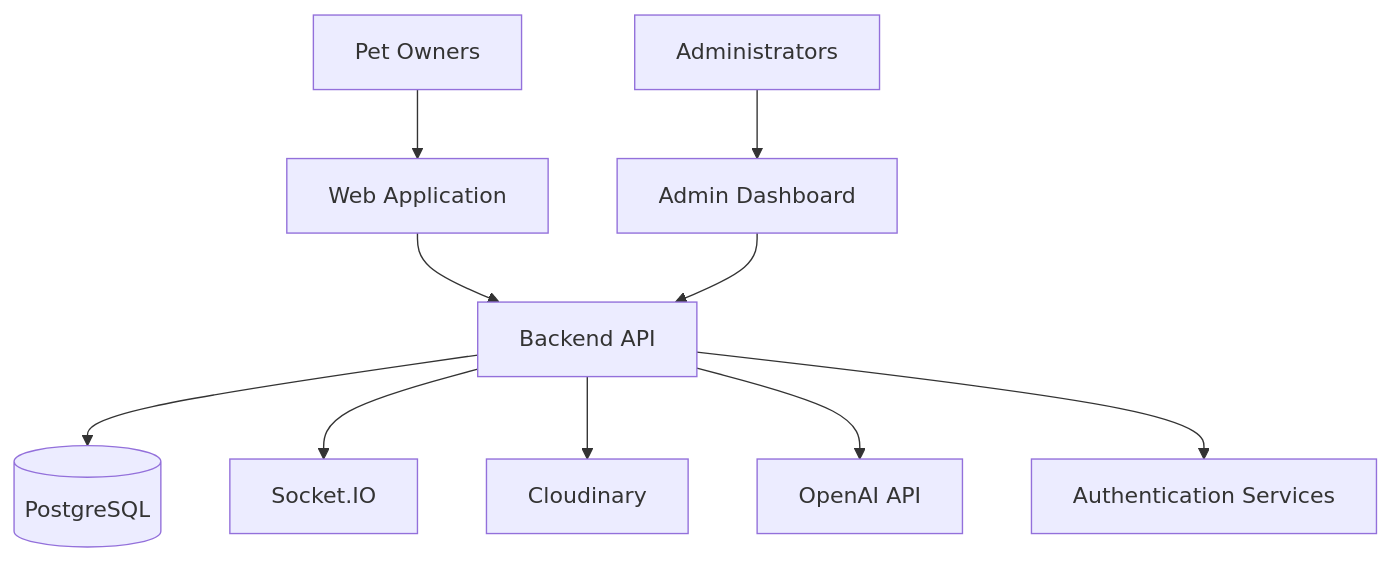
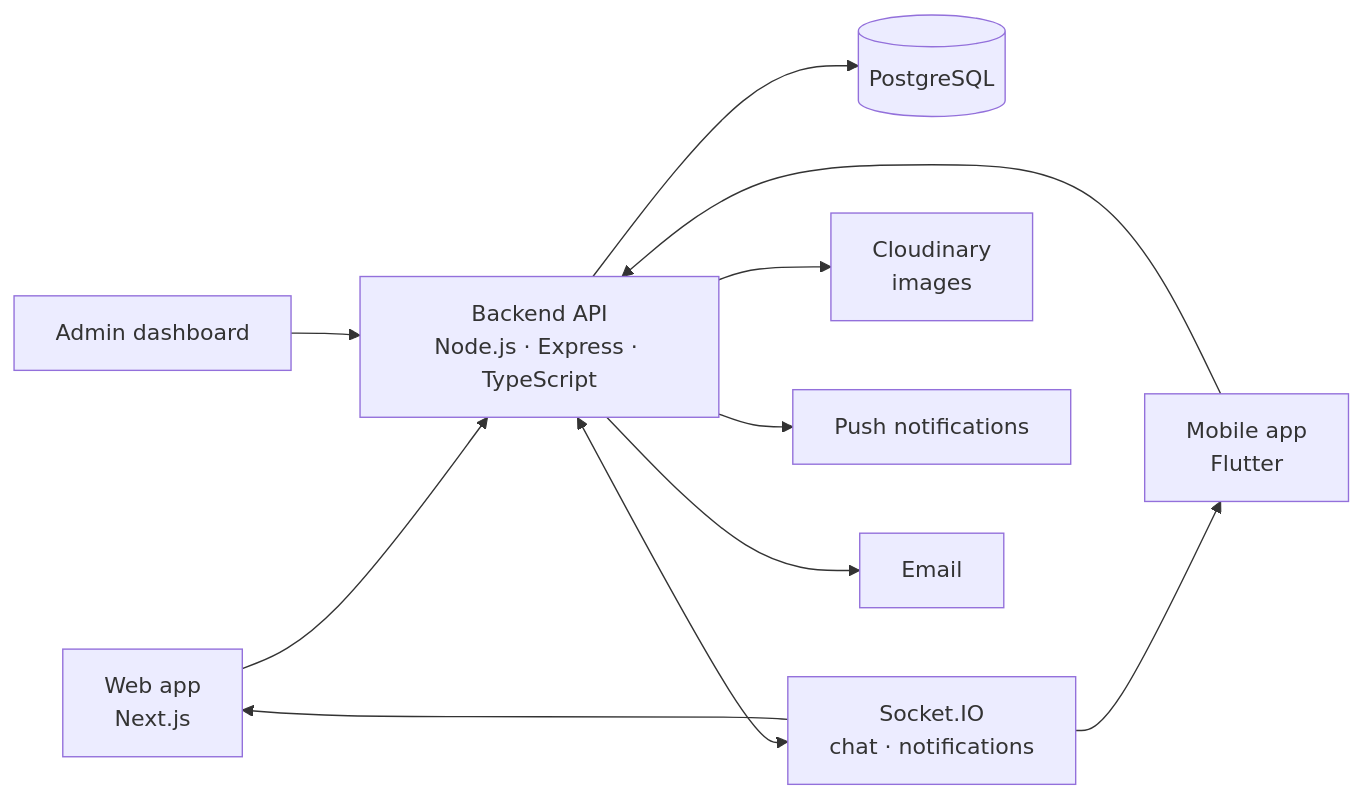
The diagram in README.md (mahmoudtamer0/Aleef), drawn with Mermaid before and after one commit. The commit also changed other lines of this file and 10 other files, not shown here.

````diff
--- a/README.md
+++ b/README.md
@@ -128,14 +42,13 @@
 ```mermaid
-flowchart TD
-    U[Pet Owners] --> W[Web Application]
-    A[Administrators] --> D[Admin Dashboard]
-
-    W --> API[Backend API]
-    D --> API
-
-    API --> DB[(PostgreSQL)]
-    API --> RT[Socket.IO]
-    API --> CL[Cloudinary]
-    API --> AI[OpenAI API]
-    API --> AUTH[Authentication Services]
+flowchart LR
+  Web["Web app<br/>Next.js"] --> API
+  Dash["Admin dashboard"] --> API
+  Mobile["Mobile app<br/>Flutter"] --> API
+  API["Backend API<br/>Node.js · Express · TypeScript"] --> DB[("PostgreSQL")]
+  API <--> IO["Socket.IO<br/>chat · notifications"]
+  API --> Cloud["Cloudinary<br/>images"]
+  API --> Push["Push notifications"]
+  API --> Mail["Email"]
+  IO --> Web
+  IO --> Mobile
 ```
````
